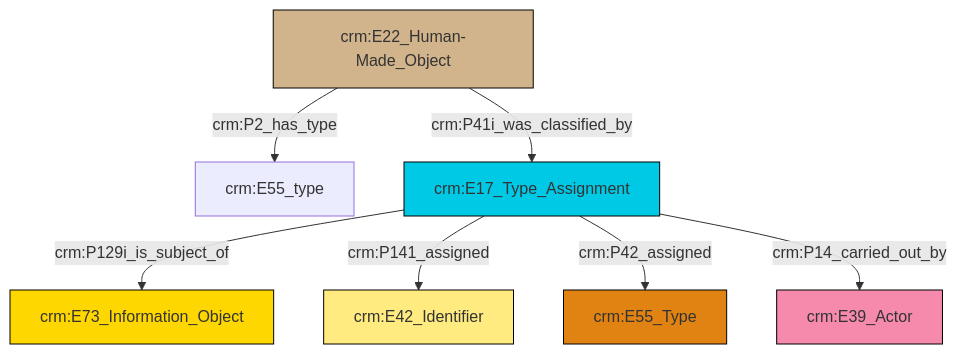
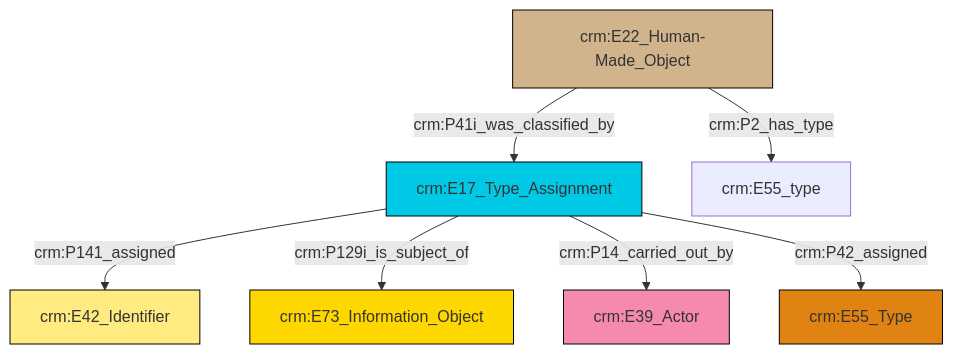
The diagram in et/builtWorkCSV/ttl/mmd/Built_Work_designation_status.ttl.mmd (swiss-art-research-net/reference-data-models), drawn with Mermaid before and after one commit. The commit also changed 125 other files, not shown here.

```diff
--- a/et/builtWorkCSV/ttl/mmd/Built_Work_designation_status.ttl.mmd
+++ b/et/builtWorkCSV/ttl/mmd/Built_Work_designation_status.ttl.mmd
@@ -1,21 +1,21 @@
 graph TD
 classDef Literal fill:#f2f2f2,stroke:#000000;
 classDef CRM_Entity fill:#FFFFFF,stroke:#000000;
 classDef Temporal_Entity fill:#00C9E6, stroke:#000000;
 classDef Type fill:#E18312, stroke:#000000;
 classDef Time-Span fill:#2C9C91, stroke:#000000;
 classDef Appellation fill:#FFEB7F, stroke:#000000;
 classDef Place fill:#008836, stroke:#000000;
 classDef Persistent_Item fill:#B266B2, stroke:#000000;
 classDef Conceptual_Object fill:#FFD700, stroke:#000000;
 classDef Physical_Thing fill:#D2B48C, stroke:#000000;
 classDef Actor fill:#f58aad, stroke:#000000;
 classDef PC_Classes fill:#4ce600, stroke:#000000;
 classDef Multi fill:#cccccc,stroke:#000000;
 
-6["crm:E17_Type_Assignment"]:::Temporal_Entity -->|crm:P129i_is_subject_of| 7["crm:E73_Information_Object"]:::Conceptual_Object
-2["crm:E22_Human-Made_Object"]:::Physical_Thing -->|crm:P41i_was_classified_by| 6["crm:E17_Type_Assignment"]:::Temporal_Entity
-6["crm:E17_Type_Assignment"]:::Temporal_Entity -->|crm:P141_assigned| 10["crm:E42_Identifier"]:::Appellation
-6["crm:E17_Type_Assignment"]:::Temporal_Entity -->|crm:P42_assigned| 8["crm:E55_Type"]:::Type
-6["crm:E17_Type_Assignment"]:::Temporal_Entity -->|crm:P14_carried_out_by| 4["crm:E39_Actor"]:::Actor
-2["crm:E22_Human-Made_Object"]:::Physical_Thing -->|crm:P2_has_type| 0["crm:E55_type"]:::Default
+0["crm:E17_Type_Assignment"]:::Temporal_Entity -->|crm:P141_assigned| 1["crm:E42_Identifier"]:::Appellation
+0["crm:E17_Type_Assignment"]:::Temporal_Entity -->|crm:P129i_is_subject_of| 2["crm:E73_Information_Object"]:::Conceptual_Object
+4["crm:E22_Human-Made_Object"]:::Physical_Thing -->|crm:P2_has_type| 5["crm:E55_type"]:::Default
+0["crm:E17_Type_Assignment"]:::Temporal_Entity -->|crm:P14_carried_out_by| 8["crm:E39_Actor"]:::Actor
+0["crm:E17_Type_Assignment"]:::Temporal_Entity -->|crm:P42_assigned| 6["crm:E55_Type"]:::Type
+4["crm:E22_Human-Made_Object"]:::Physical_Thing -->|crm:P41i_was_classified_by| 0["crm:E17_Type_Assignment"]:::Temporal_Entity
```
